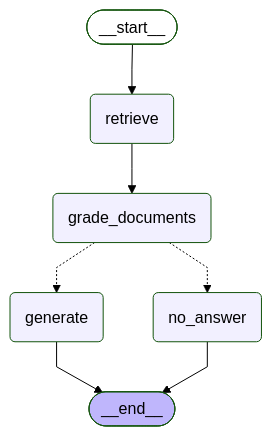
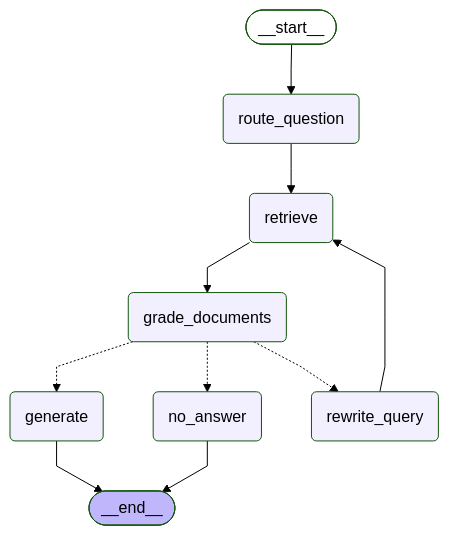
One commit to Shahryar123/DevOps-Runbook-Assistant changed the diagram in docs/graph.md. Above: the diagram before and after it, drawn with Mermaid (forest theme). The commit also changed 3 other files, not shown here.

Commit message:
Refactor README and graph documentation to enhance clarity on question routing and retrieval process; add milestone 4 details for topic routing and query-rewrite loop.

````diff
--- a/docs/graph.md
+++ b/docs/graph.md
@@ -5,23 +5,28 @@
 ```mermaid
 ---
 config:
   flowchart:
     curve: linear
 ---
 graph TD;
 	__start__([<p>__start__</p>]):::first
+	route_question(route_question)
 	retrieve(retrieve)
 	grade_documents(grade_documents)
+	rewrite_query(rewrite_query)
 	generate(generate)
 	no_answer(no_answer)
 	__end__([<p>__end__</p>]):::last
-	__start__ --> retrieve;
+	__start__ --> route_question;
 	grade_documents -.-> generate;
 	grade_documents -.-> no_answer;
+	grade_documents -.-> rewrite_query;
 	retrieve --> grade_documents;
+	rewrite_query --> retrieve;
+	route_question --> retrieve;
 	generate --> __end__;
 	no_answer --> __end__;
 	classDef default fill:#f2f0ff,line-height:1.2
 	classDef first fill-opacity:0
 	classDef last fill:#bfb6fc
 ```
````
